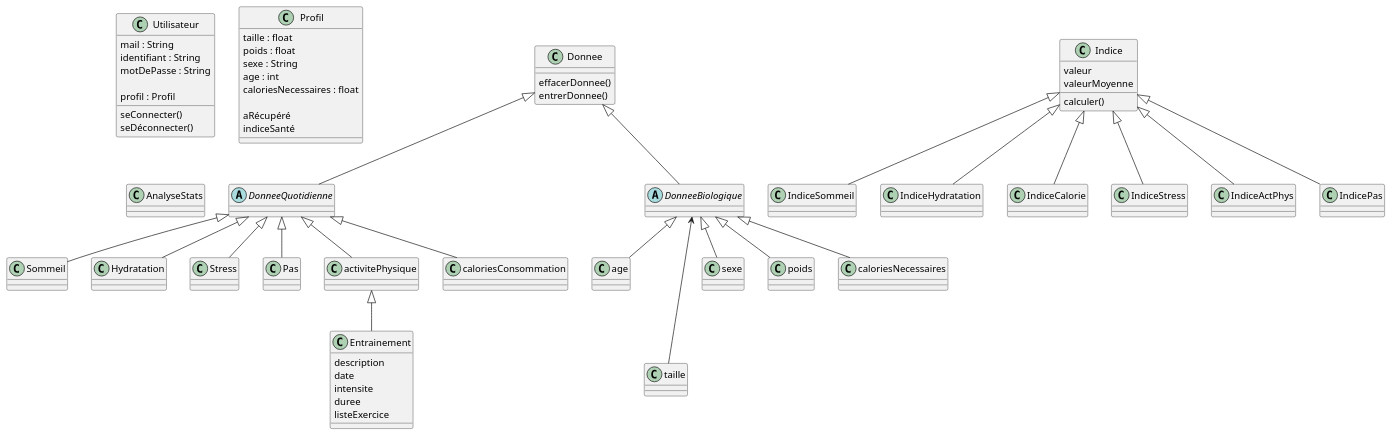
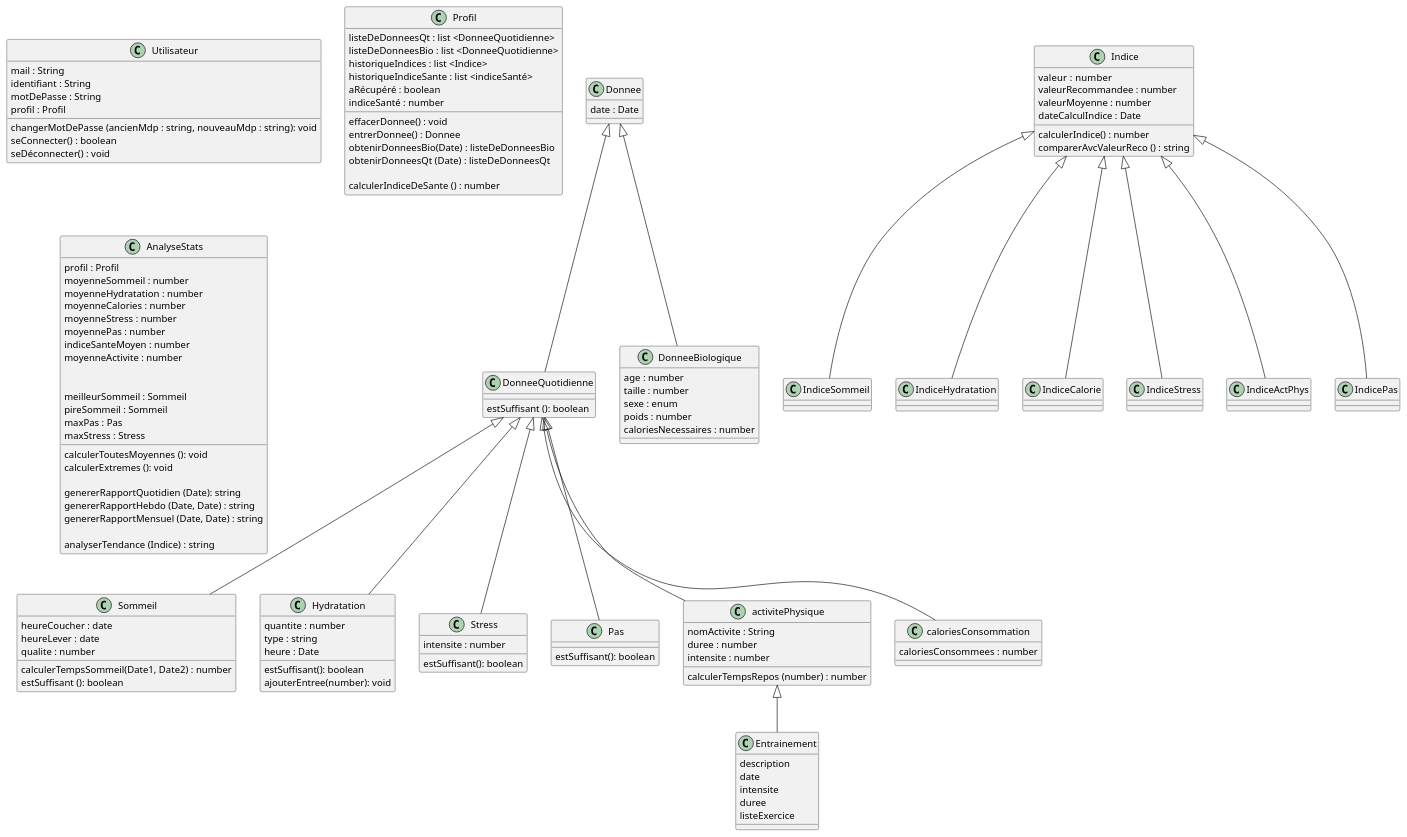
One commit to elea-vk/Salus changed the diagram in UML/DiagrammeUML/src/Salus.puml. Above: the diagram before and after it, drawn with PlantUML.

Commit message:
actualisation UML

```diff
--- a/UML/DiagrammeUML/src/Salus.puml
+++ b/UML/DiagrammeUML/src/Salus.puml
@@ -1,115 +1,180 @@
 @startuml
 'https://plantuml.com/sequence-diagram
 
 
 class Utilisateur {
 mail : String
 identifiant : String
 motDePasse : String
-
 profil : Profil
-
-seConnecter()
-seDéconnecter()
+changerMotDePasse (ancienMdp : string, nouveauMdp : string): void
+seConnecter() : boolean
+seDéconnecter() : void
 }
 
 class Profil {
-taille : float
-poids : float
-sexe : String
-age : int
-caloriesNecessaires : float
+listeDeDonneesQt : list <DonneeQuotidienne>
+listeDeDonneesBio : list <DonneeQuotidienne>
+historiqueIndices : list <Indice>
+historiqueIndiceSante : list <indiceSanté>
+aRécupéré : boolean
+indiceSanté : number
 
- aRécupéré
- indiceSanté
+effacerDonnee() : void
+entrerDonnee() : Donnee
+obtenirDonneesBio(Date) : listeDeDonneesBio
+obtenirDonneesQt (Date) : listeDeDonneesQt
+
+calculerIndiceDeSante () : number
 
 }
 
-abstract class  DonneeQuotidienne {
+class Donnee{
+date : Date
+
 }
-class Sommeil {}
+class  DonneeQuotidienne {
+
+estSuffisant (): boolean
+}
+class Sommeil {
+heureCoucher : date
+heureLever : date
+qualite : number
+
+calculerTempsSommeil(Date1, Date2) : number
+estSuffisant (): boolean
+}
 DonneeQuotidienne <|-- Sommeil
 
-class Hydratation {}
+class Hydratation {
+quantite : number
+type : string
+heure : Date
+
+estSuffisant(): boolean
+ajouterEntree(number): void
+}
 DonneeQuotidienne <|-- Hydratation
 
-class Stress {}
+class Stress {
+intensite : number
+estSuffisant(): boolean
+}
 DonneeQuotidienne <|--Stress
 
-class Pas {}
+class Pas {
+estSuffisant(): boolean
+}
 DonneeQuotidienne <|--Pas
 
-class activitePhysique {}
+
+class activitePhysique {
+nomActivite : String
+duree : number
+intensite : number
+
+calculerTempsRepos (number) : number
+
+}
 DonneeQuotidienne <|--activitePhysique
 
-class caloriesConsommation {}
+class caloriesConsommation {
+caloriesConsommees : number
+}
 DonneeQuotidienne <|-- caloriesConsommation
 
 
-abstract class DonneeBiologique{}
-
-class age {}
-DonneeBiologique <|-- age
-
-class taille
-DonneeBiologique <--- taille
-
-class sexe {}
-DonneeBiologique <|--sexe
-
-class poids {}
-DonneeBiologique <|-- poids
-
-class caloriesNecessaires {}
-DonneeBiologique <|-- caloriesNecessaires
-
-
-
-class Donnee{
- effacerDonnee()
- entrerDonnee()
-}
-class Indice{
-valeur
-valeurMoyenne
-calculer()
+class DonneeBiologique{
+age : number
+taille : number
+sexe : enum
+poids : number
+caloriesNecessaires : number
 }
 
 Donnee <|-- DonneeBiologique
 Donnee <|-- DonneeQuotidienne
 
-class IndiceSommeil
-class IndiceHydratation
-class IndiceCalorie
-class IndiceStress
-class IndiceActPhys
+
+class Indice{
+valeur :  number
+valeurRecommandee : number
+valeurMoyenne : number
+dateCalculIndice : Date
+
+calculerIndice() : number
+comparerAvcValeurReco () : string
+}
+
+class IndiceSommeil {
+
+
+}
+class IndiceHydratation {
+
+}
+class IndiceCalorie {
+
+}
+class IndiceStress {
+}
+class IndiceActPhys {
+
+}
 class IndicePas
 
 
 Indice<|-- IndiceSommeil
 Indice<|-- IndiceHydratation
 Indice<|-- IndiceCalorie
 Indice<|-- IndiceStress
 Indice<|-- IndiceActPhys
 Indice<|-- IndicePas
 
 class Entrainement{
 description
 date
 intensite
 duree
 listeExercice
 }
 activitePhysique <|--Entrainement
-class AnalyseStats {}
+
+
+class AnalyseStats {
+profil : Profil
+moyenneSommeil : number
+moyenneHydratation : number
+moyenneCalories : number
+moyenneStress : number
+moyennePas : number
+indiceSanteMoyen : number
+moyenneActivite : number
+
+
+meilleurSommeil : Sommeil
+pireSommeil : Sommeil
+maxPas : Pas
+maxStress : Stress
+
+calculerToutesMoyennes (): void
+calculerExtremes (): void
+
+genererRapportQuotidien (Date): string
+genererRapportHebdo (Date, Date) : string
+genererRapportMensuel (Date, Date) : string
+
+analyserTendance (Indice) : string
+}
 
 
 
 
 
 
 
 
 
 
 @enduml
```
